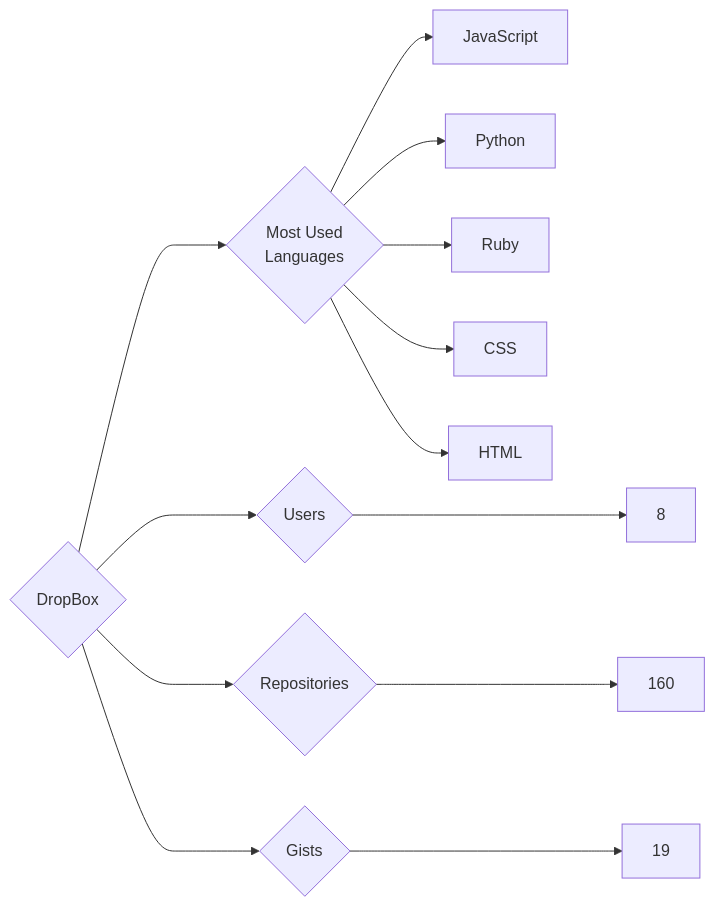
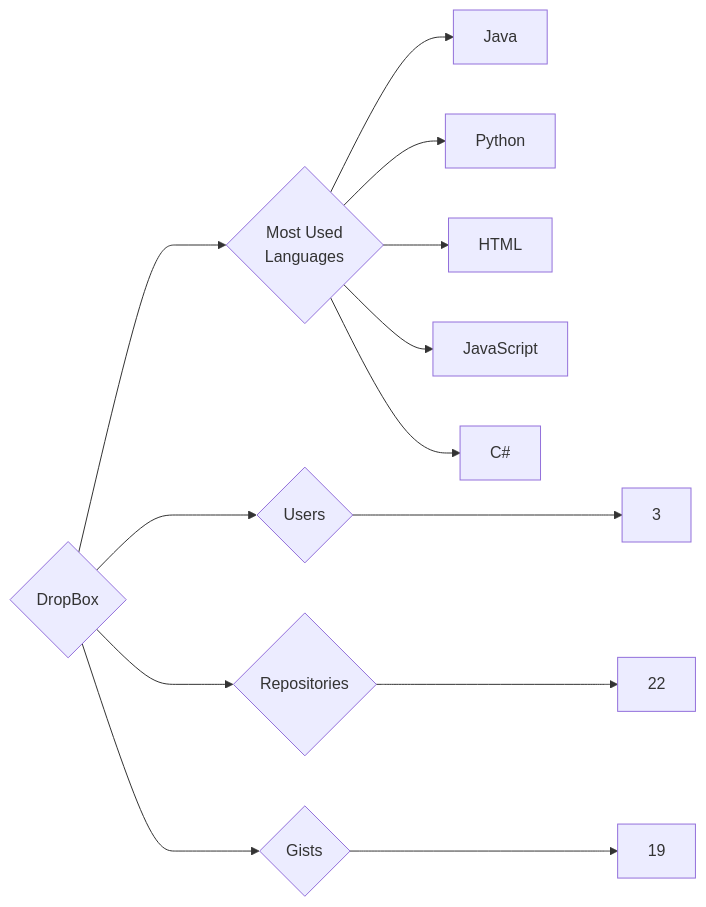
One commit to trickest/insiders changed the diagram in targets/DropBox/README.md. Above: the diagram before and after it, drawn with Mermaid. The commit also changed 1084 other files, not shown here.

````diff
--- a/targets/DropBox/README.md
+++ b/targets/DropBox/README.md
@@ -3,13 +3,13 @@
 ```mermaid
 graph LR
 COMPANY_NAME{DropBox}
-COMPANY_NAME ---> U{Users} ---> UN[8]
-COMPANY_NAME ---> R{Repositories} ---> RN[160]
+COMPANY_NAME ---> U{Users} ---> UN[3]
+COMPANY_NAME ---> R{Repositories} ---> RN[22]
 COMPANY_NAME ---> G{Gists} ---> GN[19]
 COMPANY_NAME ---> ML{Most Used<br>Languages}
+ML --> Java[Java]
+ML --> Python[Python]
+ML --> HTML[HTML]
 ML --> JavaScript[JavaScript]
-ML --> Python[Python]
-ML --> Ruby[Ruby]
-ML --> CSS[CSS]
-ML --> HTML[HTML]
+ML --> C#[C#]
 ```
````
